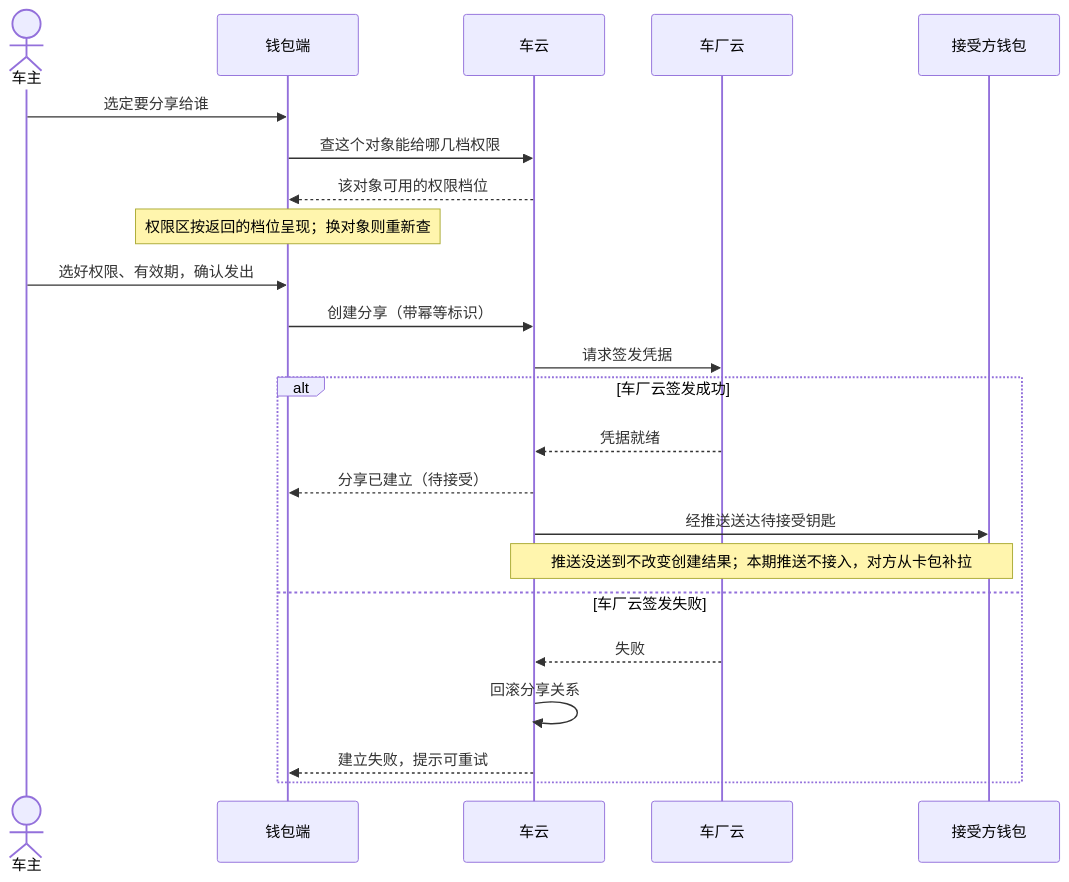
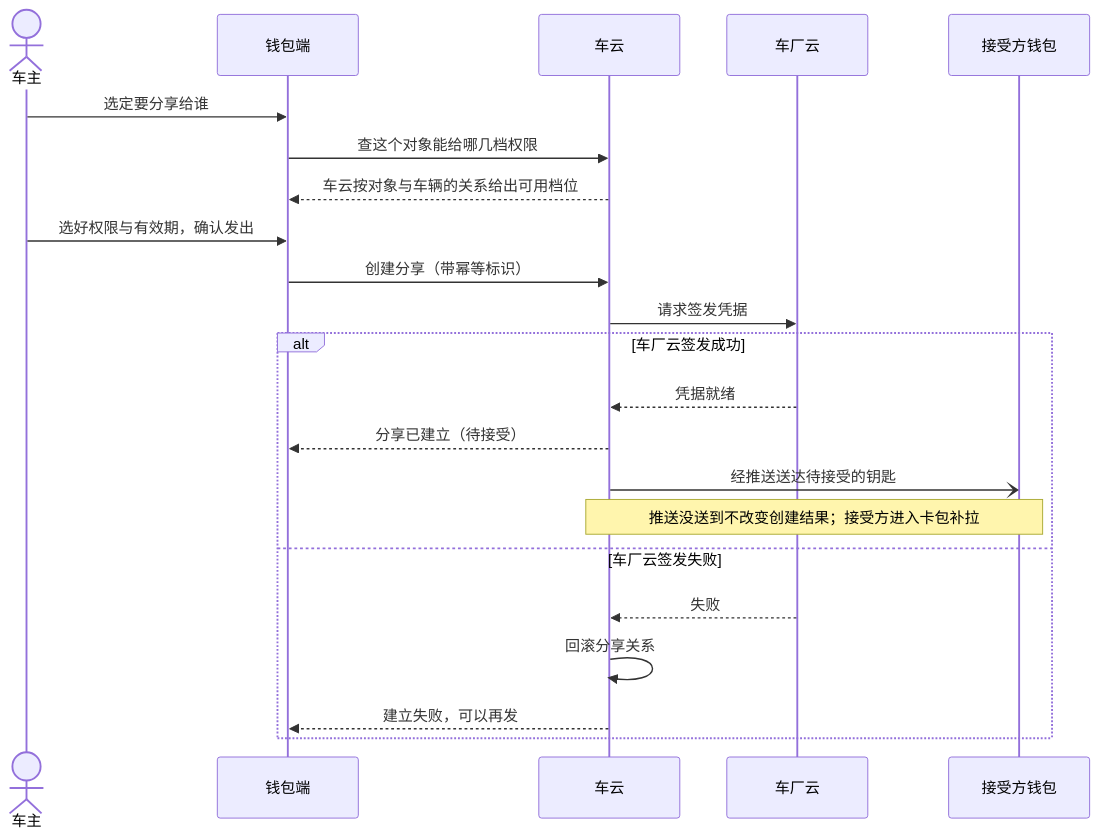
The first of 3 diagrams in doc/plan/1.9.9/金样候选/car-key-sharing/AR/story.md (sqsqsq/SimulatedWalletForHmos), drawn with Mermaid before and after one commit. The commit also changed other lines of this file and 38 other files, not shown here.

````diff
--- a/doc/plan/1.9.9/金样候选/car-key-sharing/AR/story.md
+++ b/doc/plan/1.9.9/金样候选/car-key-sharing/AR/story.md
@@ -144,26 +121,25 @@
 ```mermaid
 %% 图源 SR §2 #1
 sequenceDiagram
     actor O as 车主
     participant W as 钱包端
     participant C as 车云
     participant M as 车厂云
     participant G as 接受方钱包
     O->>W: 选定要分享给谁
     W->>C: 查这个对象能给哪几档权限
-    C-->>W: 该对象可用的权限档位
-    Note over W: 权限区按返回的档位呈现；换对象则重新查
-    O->>W: 选好权限、有效期，确认发出
+    C-->>W: 车云按对象与车辆的关系给出可用档位
+    O->>W: 选好权限与有效期，确认发出
     W->>C: 创建分享（带幂等标识）
     C->>M: 请求签发凭据
     alt 车厂云签发成功
       M-->>C: 凭据就绪
       C-->>W: 分享已建立（待接受）
-      C->>G: 经推送送达待接受钥匙
-      Note over C,G: 推送没送到不改变创建结果；本期推送不接入，对方从卡包补拉
+      C-)G: 经推送送达待接受的钥匙
+      Note over C,G: 推送没送到不改变创建结果；接受方进入卡包补拉
     else 车厂云签发失败
       M-->>C: 失败
       C->>C: 回滚分享关系
-      C-->>W: 建立失败，提示可重试
+      C-->>W: 建立失败，可以再发
     end
 ```
````
